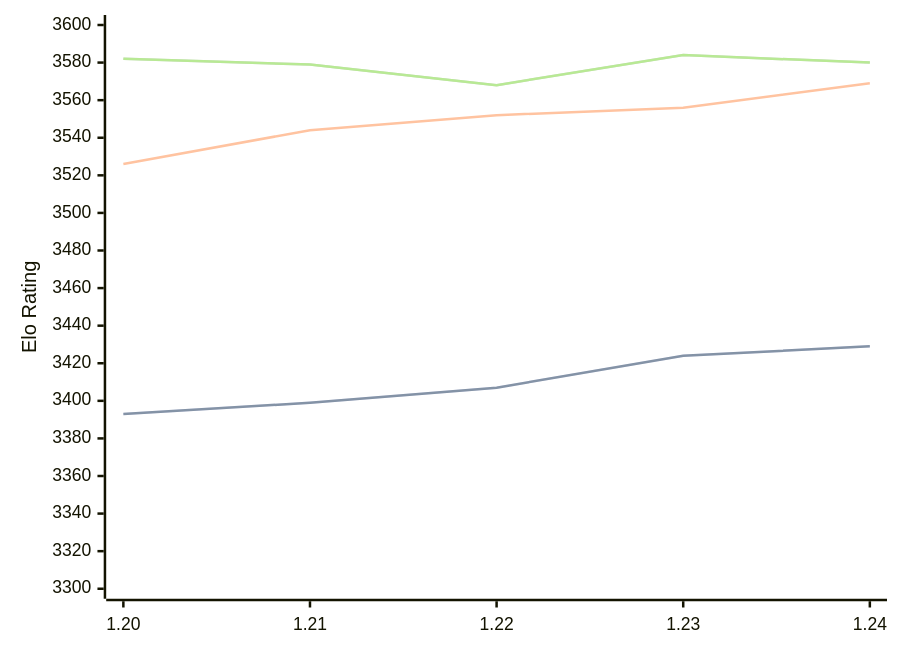
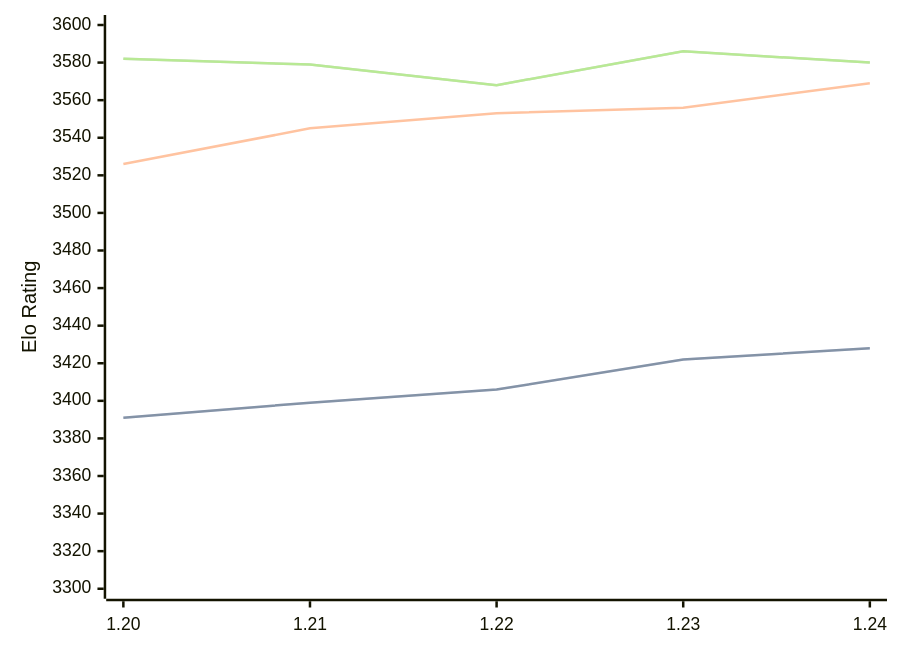
One commit to computer-chess-index/cci changed the diagram in engines/Caissa.md. Above: the diagram before and after it, drawn with Mermaid. The commit also changed other lines of this file, not shown here.

Commit message:
Update CCI Ratings (ELO VLTC) - 2026-03-12

````diff
--- a/engines/Caissa.md
+++ b/engines/Caissa.md
@@ -62,11 +62,11 @@
 ```mermaid
 %%{init: {"theme":"base","themeVariables":{"seriesColors:['#a3a3a3','#222221','#faa371']}}}%%
 xychart-beta
   x-axis ["1.20", "1.21", "1.22", "1.23", "1.24"]
   y-axis "Elo Rating" 3300 --> 3600
-  line "STC (8.0+0.08s)" [3393, 3399, 3407, 3424, 3429]
-  line "STC (8.0+0.08s)" [3393, 3399, 3407, 3424, 3429]
-  line "LTC (60.0+0.60s)" [3526, 3544, 3552, 3556, 3569]
-  line "VLTC (2m24s+1.12s)" [3582, 3579, 3568, 3584, 3580]
-  line "VLTC (2m24s+1.12s)" [3582, 3579, 3568, 3584, 3580]
+  line "STC (8.0+0.08s)" [3391, 3399, 3406, 3422, 3428]
+  line "STC (8.0+0.08s)" [3391, 3399, 3406, 3422, 3428]
+  line "LTC (60.0+0.60s)" [3526, 3545, 3553, 3556, 3569]
+  line "VLTC (2m24s+1.12s)" [3582, 3579, 3568, 3586, 3580]
+  line "VLTC (2m24s+1.12s)" [3582, 3579, 3568, 3586, 3580]
 ```
````
